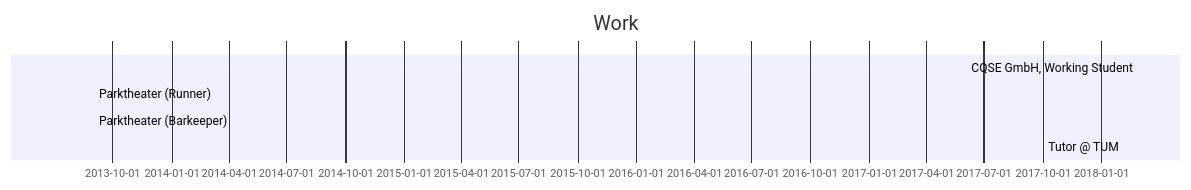
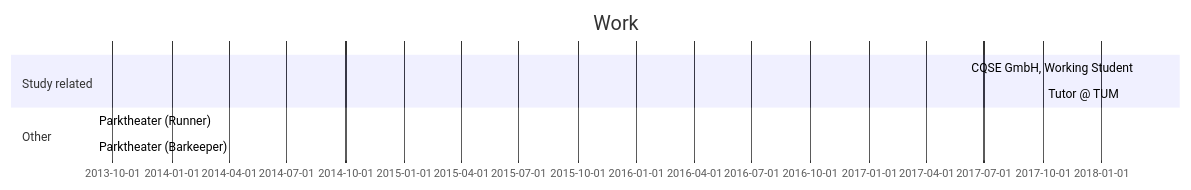
One commit to Brucknem/old.brucknem.github.io changed the third of 3 diagrams in _posts/2021-02-12-curriculum.markdown. Above: the diagram before and after it, drawn with Mermaid. The commit also changed other lines of this file and 1 other file, not shown here.

Commit message:
Diagrams readability

````diff
--- a/_posts/2021-02-12-curriculum.markdown
+++ b/_posts/2021-02-12-curriculum.markdown
@@ -29,8 +44,10 @@
 ```mermaid
 gantt
     title Work
+	section Study related
     	CQSE GmbH, Working Student	:	active,		des1,	2018-03-01,	2021-12-31
+		Tutor @ TUM					:	done,		des4,	2017-10-01,	2017-10-31
+	section Other
     	Parktheater (Runner)		:	done,		des2,	2013-09-01,	2016-02-28
         Parktheater (Barkeeper)		:   done,       des3,   after des2, 2020-02-28
-		Tutor @ TUM					:	done,		des4,	2017-10-01,	2017-10-31
 ```
````
